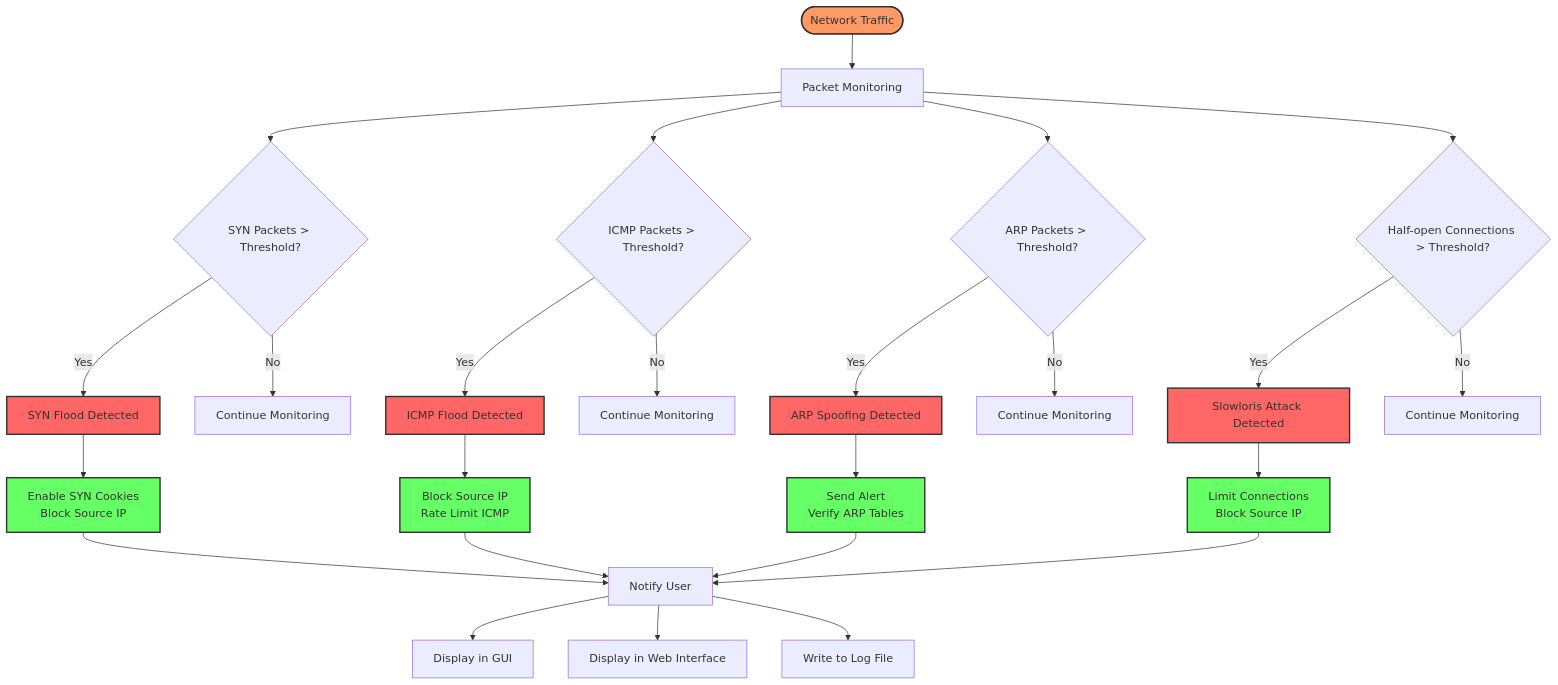
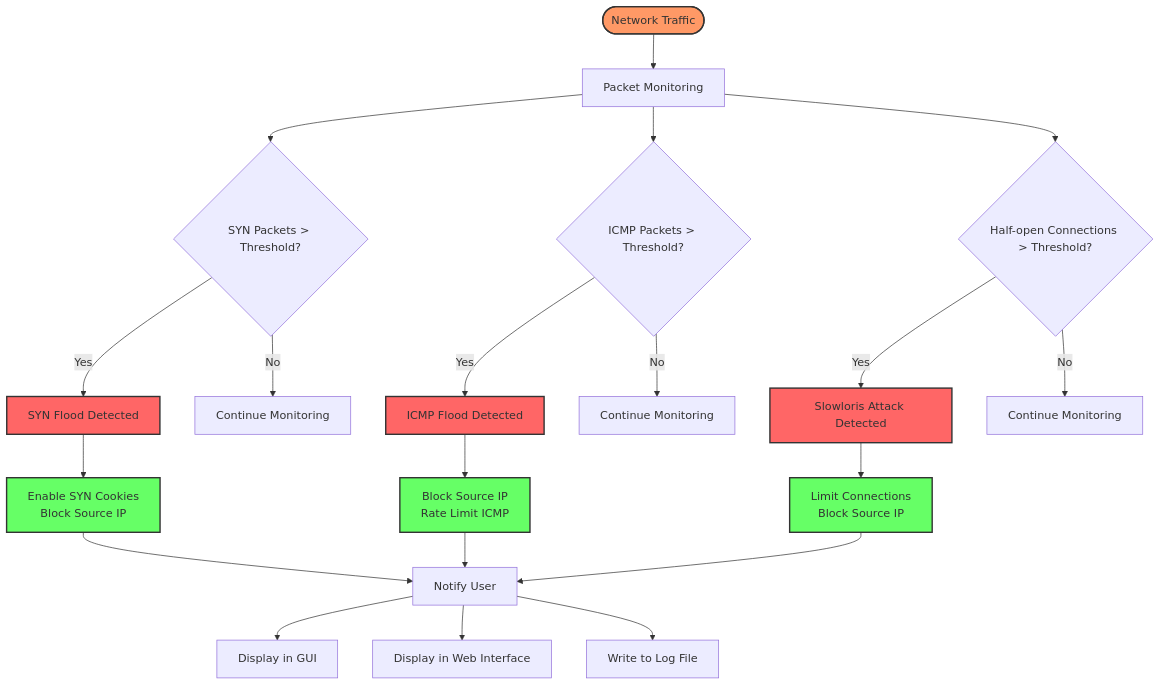
Before and after one commit to BangyanXia/SAP_group6_2025: the diagram in attack-detection-flowchart.mermaid, drawn with Mermaid.

```diff
--- a/attack-detection-flowchart.mermaid
+++ b/attack-detection-flowchart.mermaid
@@ -1,43 +1,35 @@
 flowchart TD
     Start([Network Traffic]) --> Monitor[Packet Monitoring]
     
     Monitor --> CheckSYN{SYN Packets > Threshold?}
     Monitor --> CheckICMP{ICMP Packets > Threshold?}
-    Monitor --> CheckARP{ARP Packets > Threshold?}
     Monitor --> CheckConn{Half-open Connections > Threshold?}
     
     CheckSYN -->|Yes| SYNFlood[SYN Flood Detected]
     CheckSYN -->|No| Continue1[Continue Monitoring]
     
     CheckICMP -->|Yes| ICMPFlood[ICMP Flood Detected]
     CheckICMP -->|No| Continue2[Continue Monitoring]
     
-    CheckARP -->|Yes| ARPSpoof[ARP Spoofing Detected]
-    CheckARP -->|No| Continue3[Continue Monitoring]
-    
     CheckConn -->|Yes| Slowloris[Slowloris Attack Detected]
-    CheckConn -->|No| Continue4[Continue Monitoring]
+    CheckConn -->|No| Continue3[Continue Monitoring]
     
     SYNFlood --> SYNAction[Enable SYN Cookies\nBlock Source IP]
     ICMPFlood --> ICMPAction[Block Source IP\nRate Limit ICMP]
-    ARPSpoof --> ARPAction[Send Alert\nVerify ARP Tables]
     Slowloris --> SlowAction[Limit Connections\nBlock Source IP]
     
     SYNAction --> NotifyUser[Notify User]
     ICMPAction --> NotifyUser
-    ARPAction --> NotifyUser
     SlowAction --> NotifyUser
     
     NotifyUser --> GUI[Display in GUI]
     NotifyUser --> WebUI[Display in Web Interface]
     NotifyUser --> Log[Write to Log File]
     
     style Start fill:#f96,stroke:#333,stroke-width:2px
     style SYNFlood fill:#f66,stroke:#333,stroke-width:2px
     style ICMPFlood fill:#f66,stroke:#333,stroke-width:2px
-    style ARPSpoof fill:#f66,stroke:#333,stroke-width:2px
     style Slowloris fill:#f66,stroke:#333,stroke-width:2px
     style SYNAction fill:#6f6,stroke:#333,stroke-width:2px
     style ICMPAction fill:#6f6,stroke:#333,stroke-width:2px
-    style ARPAction fill:#6f6,stroke:#333,stroke-width:2px
     style SlowAction fill:#6f6,stroke:#333,stroke-width:2px
```
